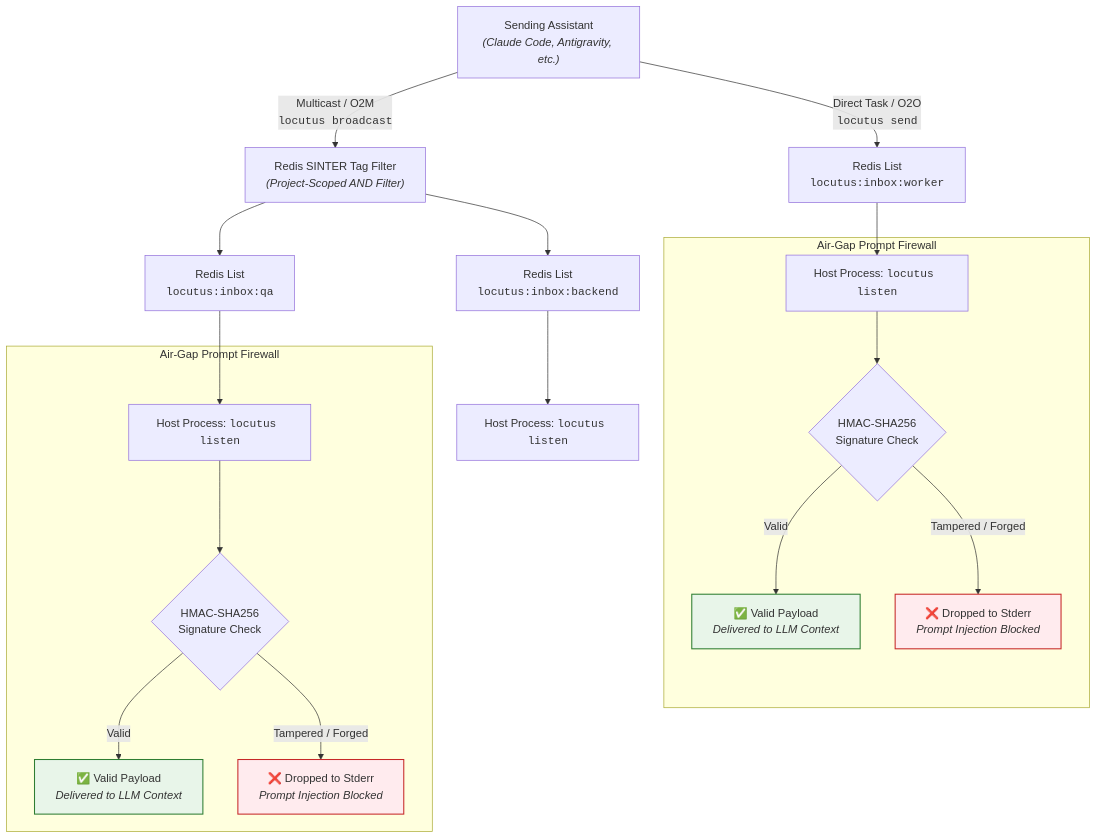
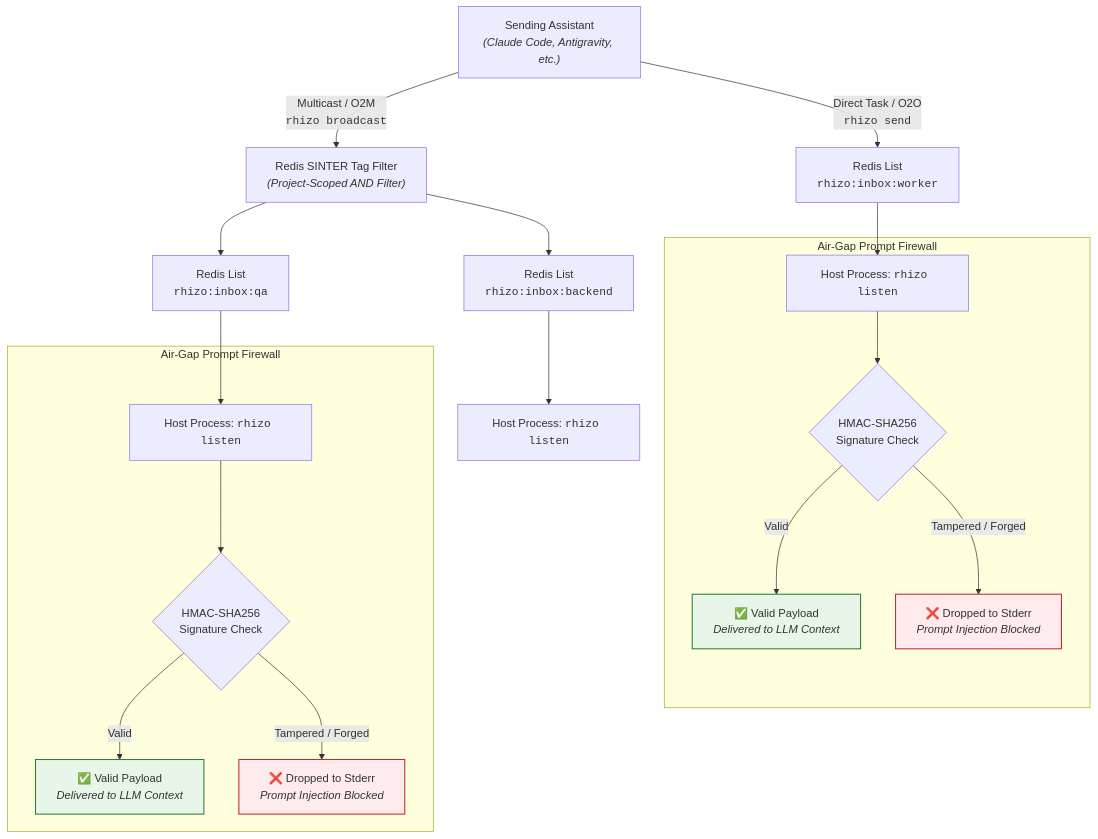
One commit to axiomantic/locu changed the first of 5 diagrams in README.md. Above: the diagram before and after it, drawn with Mermaid. The commit also changed other lines of this file and 4 other files, not shown here.

````diff
--- a/README.md
+++ b/README.md
@@ -419,31 +416,31 @@
 ```mermaid
 flowchart TD
     Sender["Sending Assistant<br/><i>(Claude Code, Antigravity, etc.)</i>"]
 
-    Sender -->|Direct Task / O2O<br/><code>locutus send</code>| Send["Redis List<br/><code>locutus:inbox:worker</code>"]
-    Sender -->|Multicast / O2M<br/><code>locutus broadcast</code>| Bcast["Redis SINTER Tag Filter<br/><i>(Project-Scoped AND Filter)</i>"]
+    Sender -->|Direct Task / O2O<br/><code>rhizo send</code>| Send["Redis List<br/><code>rhizo:inbox:worker</code>"]
+    Sender -->|Multicast / O2M<br/><code>rhizo broadcast</code>| Bcast["Redis SINTER Tag Filter<br/><i>(Project-Scoped AND Filter)</i>"]
 
-    Bcast --> InboxQA["Redis List<br/><code>locutus:inbox:qa</code>"]
-    Bcast --> InboxBackend["Redis List<br/><code>locutus:inbox:backend</code>"]
+    Bcast --> InboxQA["Redis List<br/><code>rhizo:inbox:qa</code>"]
+    Bcast --> InboxBackend["Redis List<br/><code>rhizo:inbox:backend</code>"]
 
-    Send --> ListenWorker["Host Process: <code>locutus listen</code>"]
-    InboxQA --> ListenQA["Host Process: <code>locutus listen</code>"]
-    InboxBackend --> ListenBE["Host Process: <code>locutus listen</code>"]
+    Send --> ListenWorker["Host Process: <code>rhizo listen</code>"]
+    InboxQA --> ListenQA["Host Process: <code>rhizo listen</code>"]
+    InboxBackend --> ListenBE["Host Process: <code>rhizo listen</code>"]
 
     subgraph FW1["Air-Gap Prompt Firewall"]
         ListenWorker --> HMAC1{"HMAC-SHA256<br/>Signature Check"}
         HMAC1 -->|Valid| Deliver1["✅ Valid Payload<br/><i>Delivered to LLM Context</i>"]
         HMAC1 -->|Tampered / Forged| Drop1["❌ Dropped to Stderr<br/><i>Prompt Injection Blocked</i>"]
     end
 
     subgraph FW2["Air-Gap Prompt Firewall"]
         ListenQA --> HMAC2{"HMAC-SHA256<br/>Signature Check"}
         HMAC2 -->|Valid| Deliver2["✅ Valid Payload<br/><i>Delivered to LLM Context</i>"]
         HMAC2 -->|Tampered / Forged| Drop2["❌ Dropped to Stderr<br/><i>Prompt Injection Blocked</i>"]
     end
 
     classDef pass fill:#e8f5e9,stroke:#2e7d32,stroke-width:1.5px;
     classDef drop fill:#ffebee,stroke:#c62828,stroke-width:1.5px;
     class Deliver1,Deliver2 pass;
     class Drop1,Drop2 drop;
 ```
````
